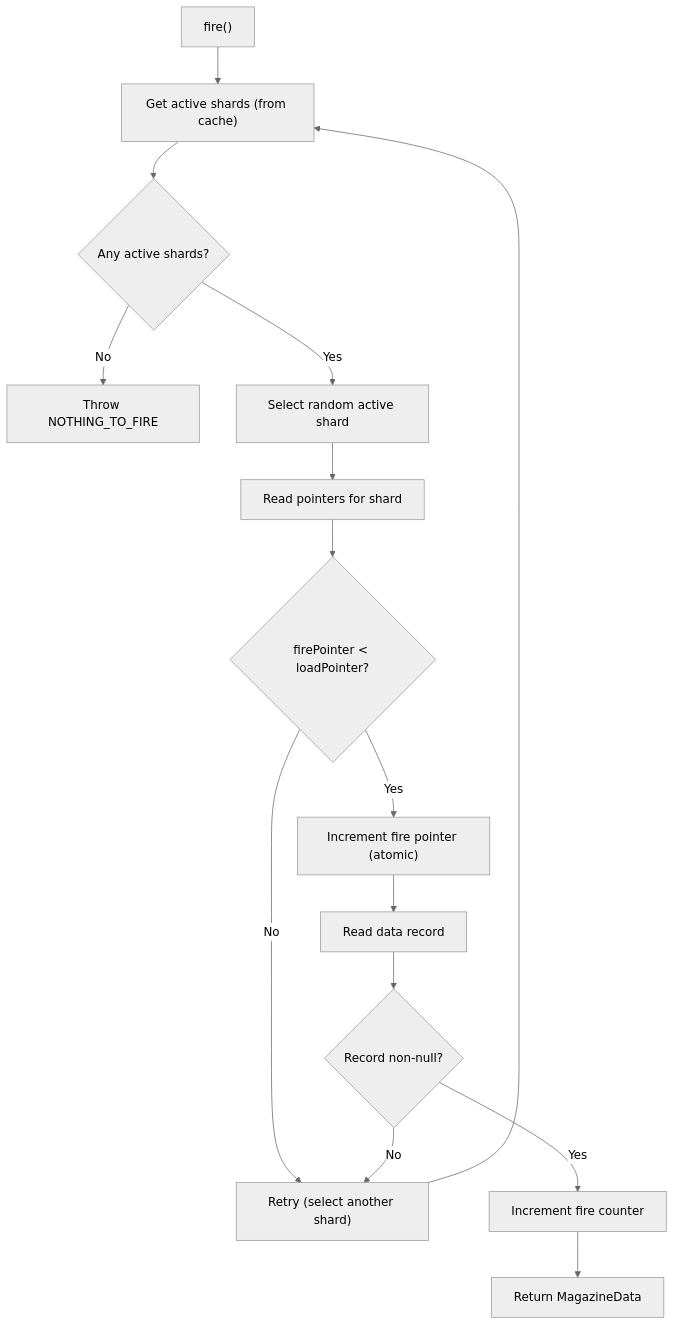
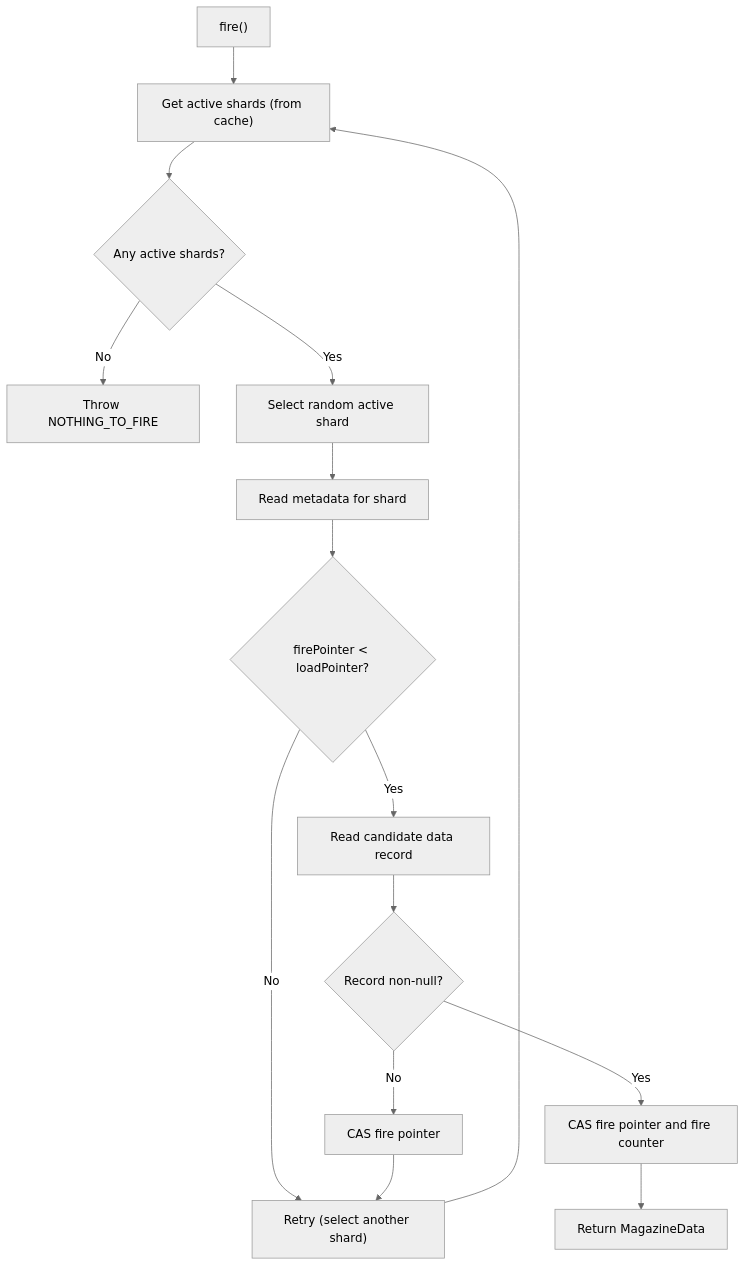
One commit to PhonePe/Magazine changed the second of 2 diagrams in docs/docs/backends/aerospike.md. Above: the diagram before and after it, drawn with Mermaid (neutral theme). The commit also changed other lines of this file and 10 other files, not shown here.

Commit message:
Optimize Aerospike metadata and fire handling

````diff
--- a/docs/docs/backends/aerospike.md
+++ b/docs/docs/backends/aerospike.md
@@ -86,17 +87,17 @@
 ```mermaid
 flowchart TD
     A["fire()"] --> B["Get active shards (from cache)"]
     B --> BA{"Any active shards?"}
     BA -->|No| BB["Throw NOTHING_TO_FIRE"]
     BA -->|Yes| C["Select random active shard"]
-    C --> D["Read pointers for shard"]
+    C --> D["Read metadata for shard"]
     D --> E{"firePointer < loadPointer?"}
     E -->|No| F["Retry (select another shard)"]
     F --> B
-    E -->|Yes| G["Increment fire pointer (atomic)"]
-    G --> H["Read data record"]
+    E -->|Yes| H["Read candidate data record"]
     H --> I{"Record non-null?"}
-    I -->|No| F
-    I -->|Yes| J["Increment fire counter"]
+    I -->|No| IA["CAS fire pointer"]
+    IA --> F
+    I -->|Yes| J["CAS fire pointer and fire counter"]
     J --> K["Return MagazineData"]
 ```
````
